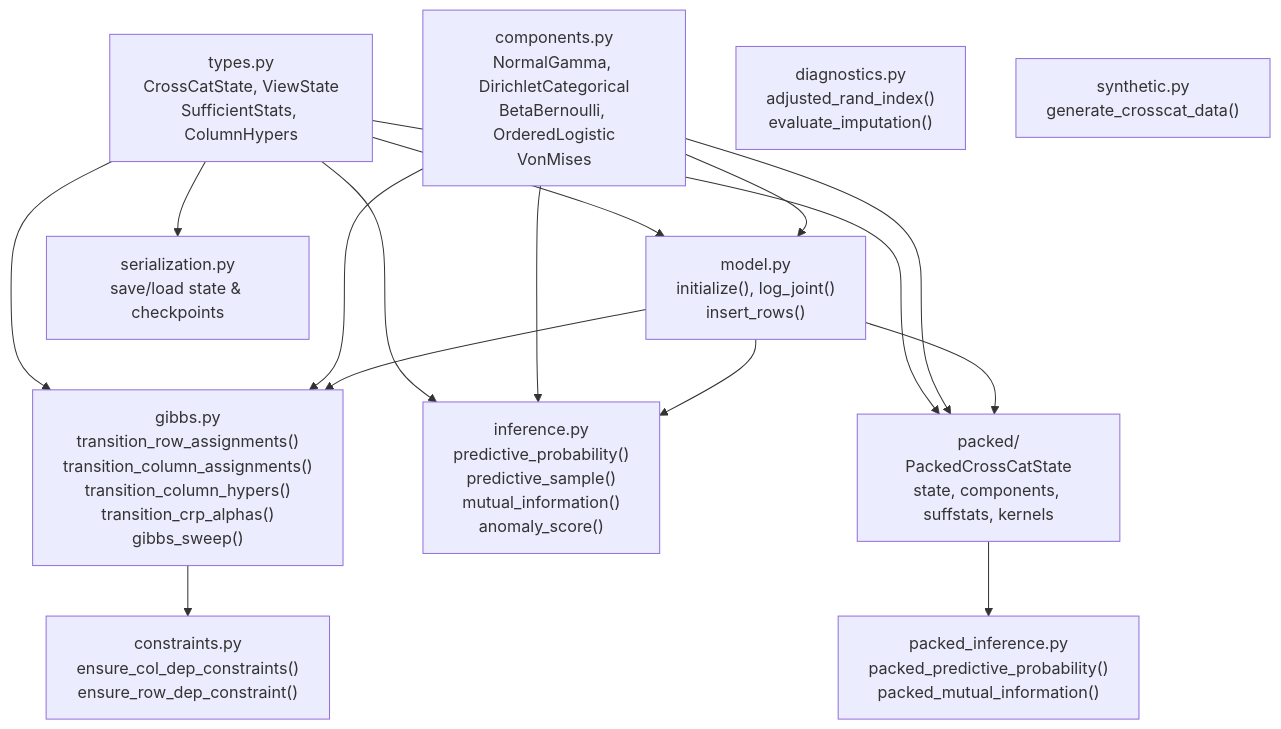
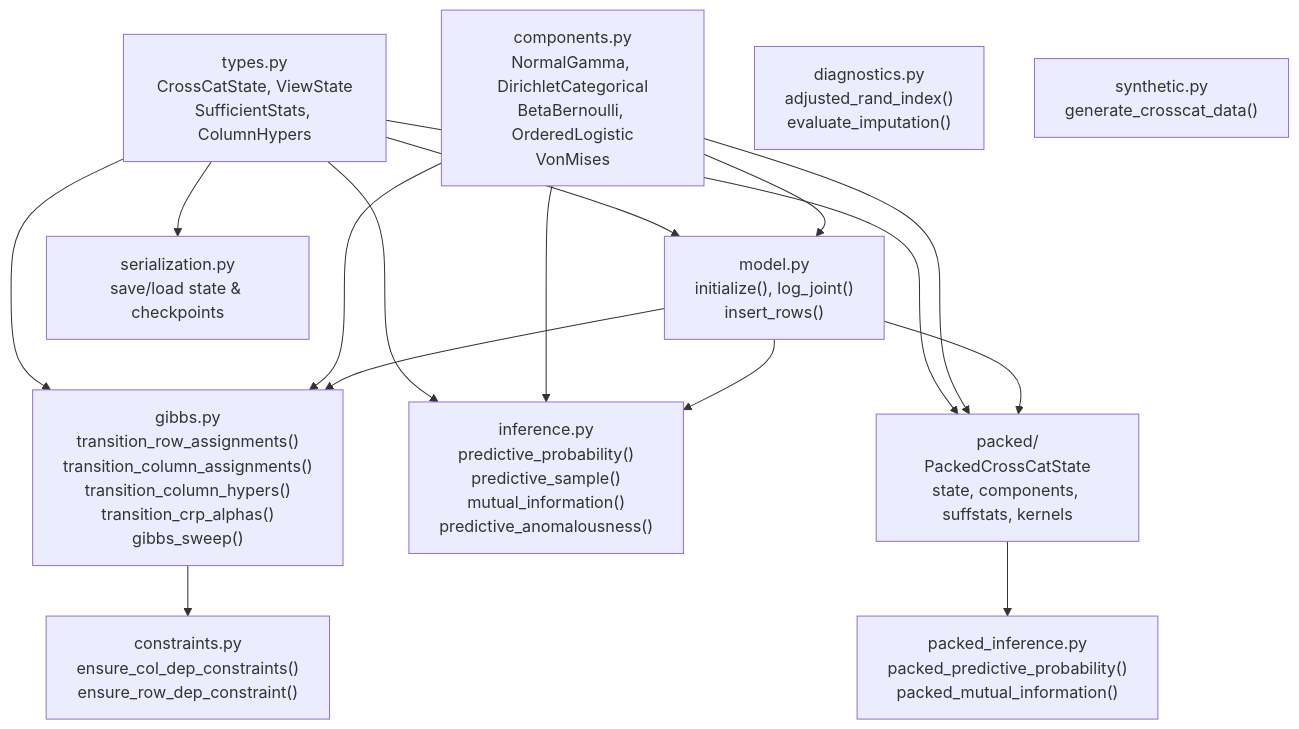
Before and after one commit to sambhal-labs/jaxcross: the second of 2 diagrams in docs/architecture.md, drawn with Mermaid. The commit also changed 7 other files, not shown here.

````diff
--- a/docs/architecture.md
+++ b/docs/architecture.md
@@ -56,39 +56,39 @@
 ```mermaid
 flowchart TB
     types["types.py\nCrossCatState, ViewState\nSufficientStats, ColumnHypers"]
 
     components["components.py\nNormalGamma, DirichletCategorical\nBetaBernoulli, OrderedLogistic\nVonMises"]
 
     model["model.py\ninitialize(), log_joint()\ninsert_rows()"]
 
     gibbs["gibbs.py\ntransition_row_assignments()\ntransition_column_assignments()\ntransition_column_hypers()\ntransition_crp_alphas()\ngibbs_sweep()"]
 
-    inference["inference.py\npredictive_probability()\npredictive_sample()\nmutual_information()\nanomaly_score()"]
+    inference["inference.py\npredictive_probability()\npredictive_sample()\nmutual_information()\npredictive_anomalousness()"]
 
     packed["packed/\nPackedCrossCatState\nstate, components, suffstats, kernels"]
 
     packed_inf["packed_inference.py\npacked_predictive_probability()\npacked_mutual_information()"]
 
     constraints["constraints.py\nensure_col_dep_constraints()\nensure_row_dep_constraint()"]
 
     diagnostics["diagnostics.py\nadjusted_rand_index()\nevaluate_imputation()"]
 
     serial["serialization.py\nsave/load state & checkpoints"]
 
     synthetic["synthetic.py\ngenerate_crosscat_data()"]
 
     types --> model
     types --> gibbs
     types --> inference
     components --> model
     components --> gibbs
     components --> inference
     model --> gibbs
     gibbs --> constraints
     model --> inference
     types --> packed
     components --> packed
     model --> packed
     packed --> packed_inf
     types --> serial
 ```
````
